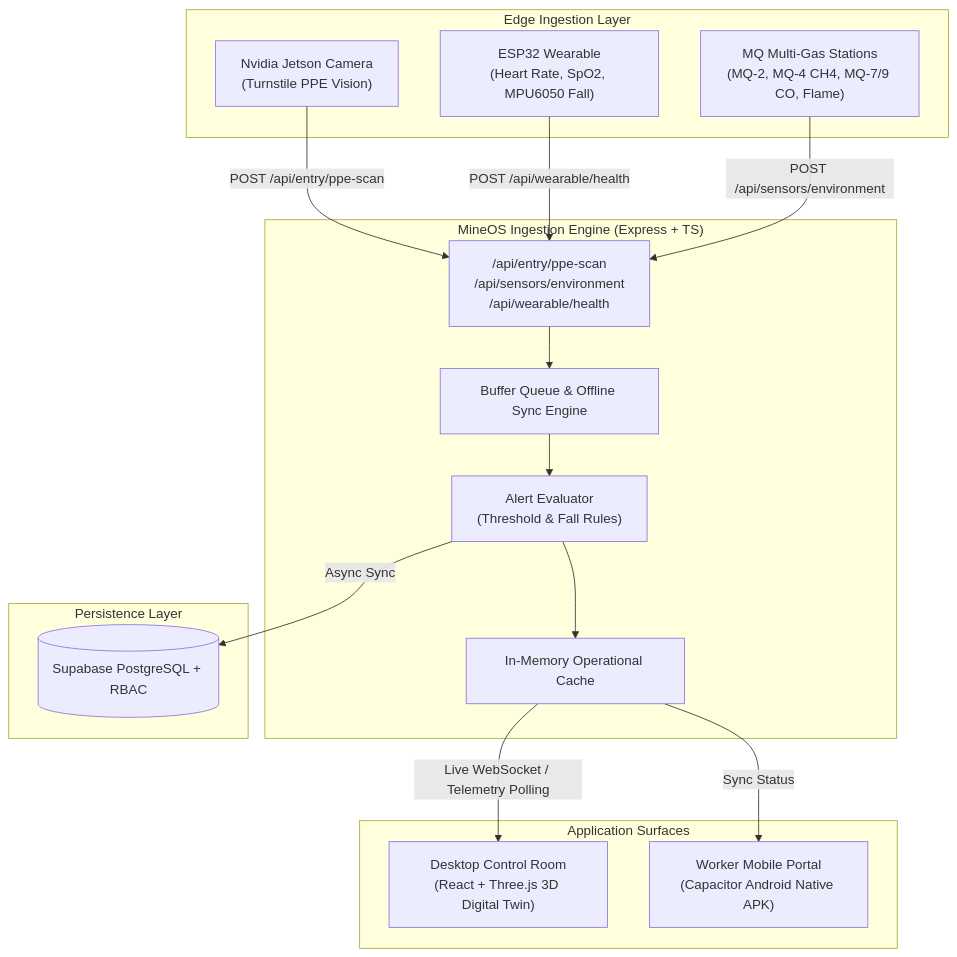
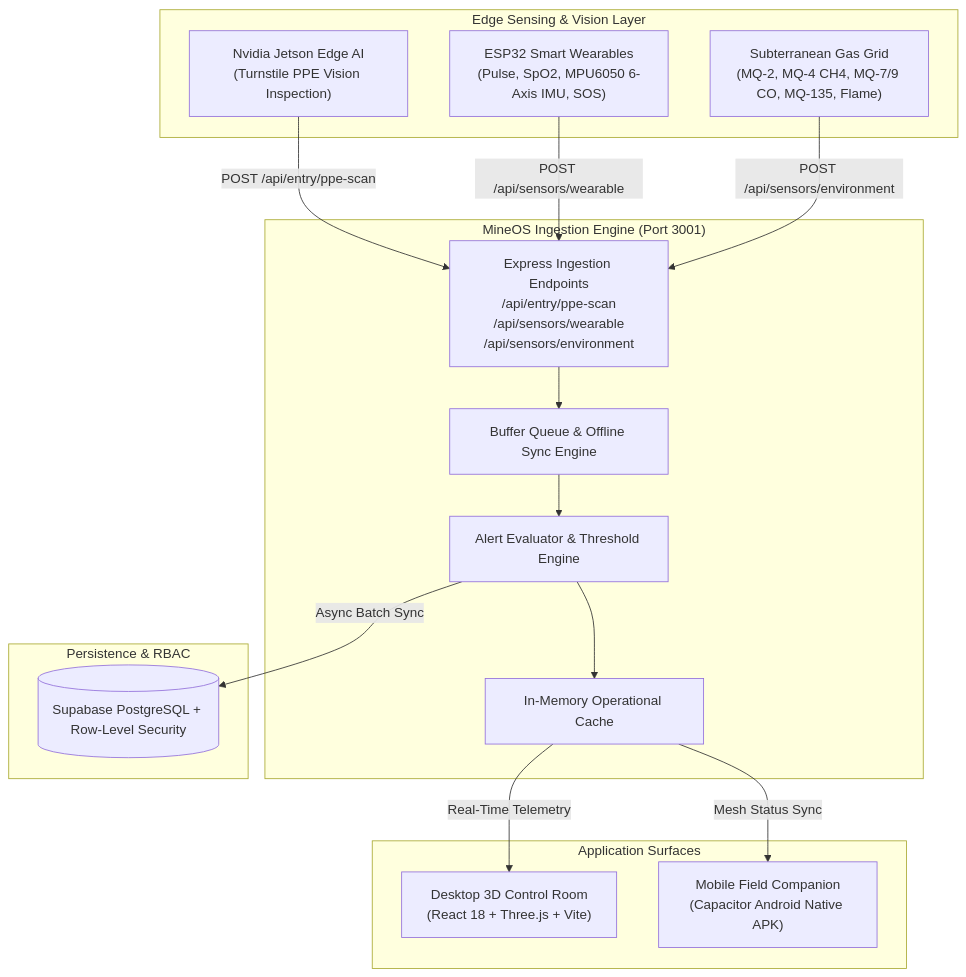
Before and after one commit to NitikasriJeyanAchary0109/mineos: the diagram in README.md, drawn with Mermaid. The commit also changed other lines of this file and 12 other files, not shown here.

````diff
--- a/README.md
+++ b/README.md
@@ -33,35 +155,35 @@
 ```mermaid
 flowchart TD
-    subgraph Hardware_Edge["Edge Ingestion Layer"]
-        Jetson["Nvidia Jetson Camera<br/>(Turnstile PPE Vision)"]
-        ESP32["ESP32 Wearable<br/>(Heart Rate, SpO2, MPU6050 Fall)"]
-        GasGrid["MQ Multi-Gas Stations<br/>(MQ-2, MQ-4 CH4, MQ-7/9 CO, Flame)"]
+    subgraph Edge_Hardware["Edge Sensing & Vision Layer"]
+        Jetson["Nvidia Jetson Edge AI<br/>(Turnstile PPE Vision Inspection)"]
+        ESP32["ESP32 Smart Wearables<br/>(Pulse, SpO2, MPU6050 6-Axis IMU, SOS)"]
+        GasGrid["Subterranean Gas Grid<br/>(MQ-2, MQ-4 CH4, MQ-7/9 CO, MQ-135, Flame)"]
     end
 
-    subgraph Backend_Ingestion["MineOS Ingestion Engine (Express + TS)"]
-        Router["/api/entry/ppe-scan<br/>/api/sensors/environment<br/>/api/wearable/health"]
-        Buffer["Buffer Queue & Offline Sync Engine"]
-        AlertEngine["Alert Evaluator<br/>(Threshold & Fall Rules)"]
-        MemoryStore["In-Memory Operational Cache"]
+    subgraph Backend_Ingestion["MineOS Ingestion Engine (Port 3001)"]
+        Router["Express Ingestion Endpoints<br/>/api/entry/ppe-scan<br/>/api/sensors/wearable<br/>/api/sensors/environment"]
+        Queue["Buffer Queue & Offline Sync Engine"]
+        Alerts["Alert Evaluator & Threshold Engine"]
+        Cache["In-Memory Operational Cache"]
     end
 
-    subgraph Data_Layer["Persistence Layer"]
-        Supabase[(Supabase PostgreSQL + RBAC)]
+    subgraph Data_Persistence["Persistence & RBAC"]
+        Supabase[(Supabase PostgreSQL + Row-Level Security)]
     end
 
-    subgraph Client_Applications["Application Surfaces"]
-        ControlRoom["Desktop Control Room<br/>(React + Three.js 3D Digital Twin)"]
-        MobileApp["Worker Mobile Portal<br/>(Capacitor Android Native APK)"]
+    subgraph User_Surfaces["Application Surfaces"]
+        ControlRoom["Desktop 3D Control Room<br/>(React 18 + Three.js + Vite)"]
+        MobileApp["Mobile Field Companion<br/>(Capacitor Android Native APK)"]
     end
 
     Jetson -->|POST /api/entry/ppe-scan| Router
-    ESP32 -->|POST /api/wearable/health| Router
+    ESP32 -->|POST /api/sensors/wearable| Router
     GasGrid -->|POST /api/sensors/environment| Router
 
-    Router --> Buffer
-    Buffer --> AlertEngine
-    AlertEngine --> MemoryStore
-    AlertEngine -->|Async Sync| Supabase
-    MemoryStore -->|Live WebSocket / Telemetry Polling| ControlRoom
-    MemoryStore -->|Sync Status| MobileApp
+    Router --> Queue
+    Queue --> Alerts
+    Alerts --> Cache
+    Alerts -->|Async Batch Sync| Supabase
+    Cache -->|Real-Time Telemetry| ControlRoom
+    Cache -->|Mesh Status Sync| MobileApp
 ```
````
